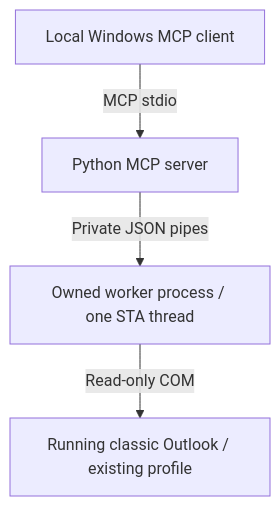
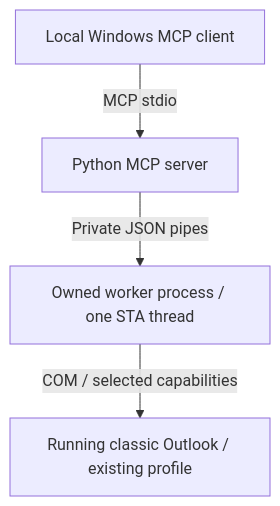
Before and after one commit to santiv343/outlook-local-mcp: the diagram in docs/architecture.md, drawn with Mermaid. The commit also changed other lines of this file and 53 other files, not shown here.

````diff
--- a/docs/architecture.md
+++ b/docs/architecture.md
@@ -3,6 +3,6 @@
 ```mermaid
 flowchart TD
     Client[Local Windows MCP client] -->|MCP stdio| Server[Python MCP server]
     Server -->|Private JSON pipes| Worker[Owned worker process / one STA thread]
-    Worker -->|Read-only COM| Outlook[Running classic Outlook / existing profile]
+    Worker -->|COM / selected capabilities| Outlook[Running classic Outlook / existing profile]
 ```
````
